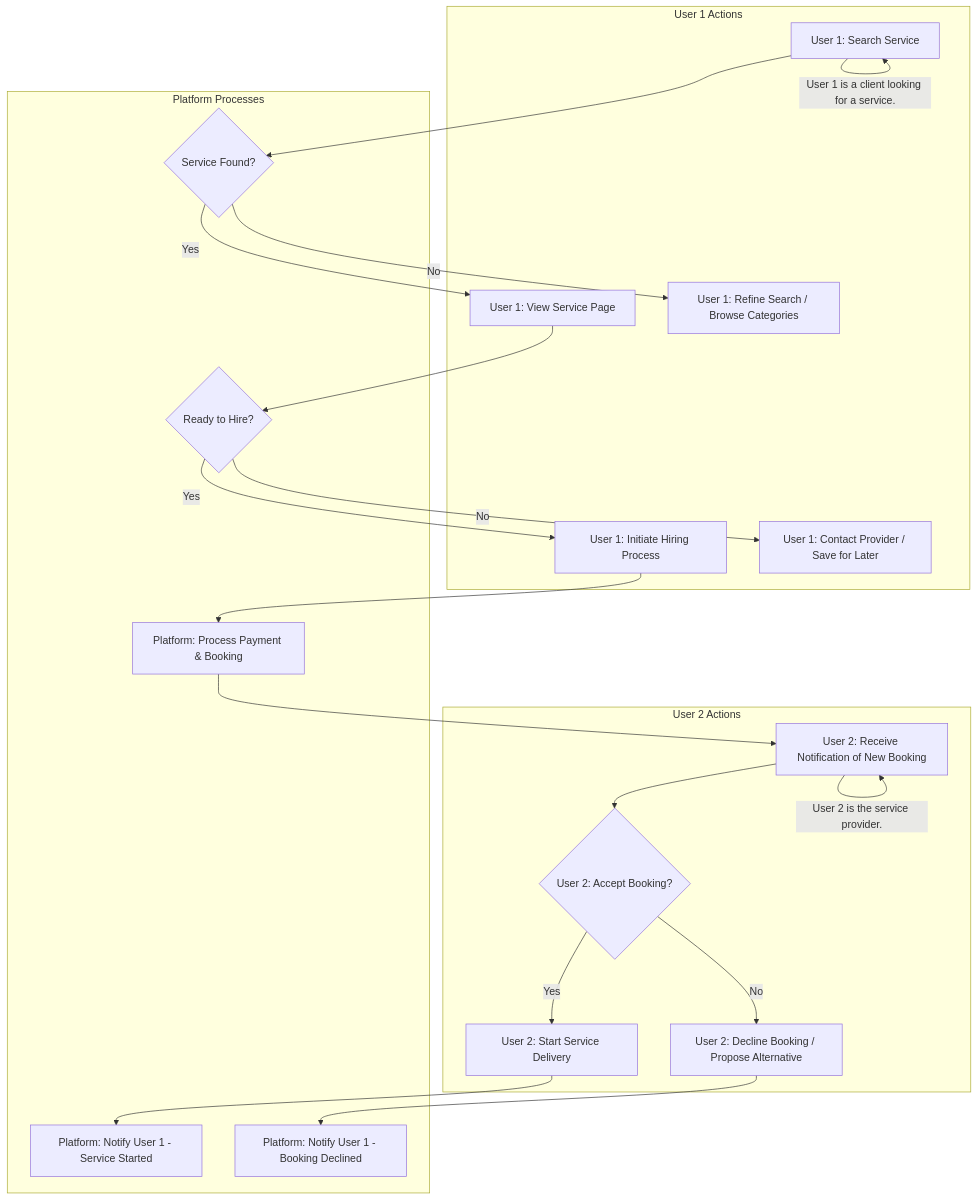
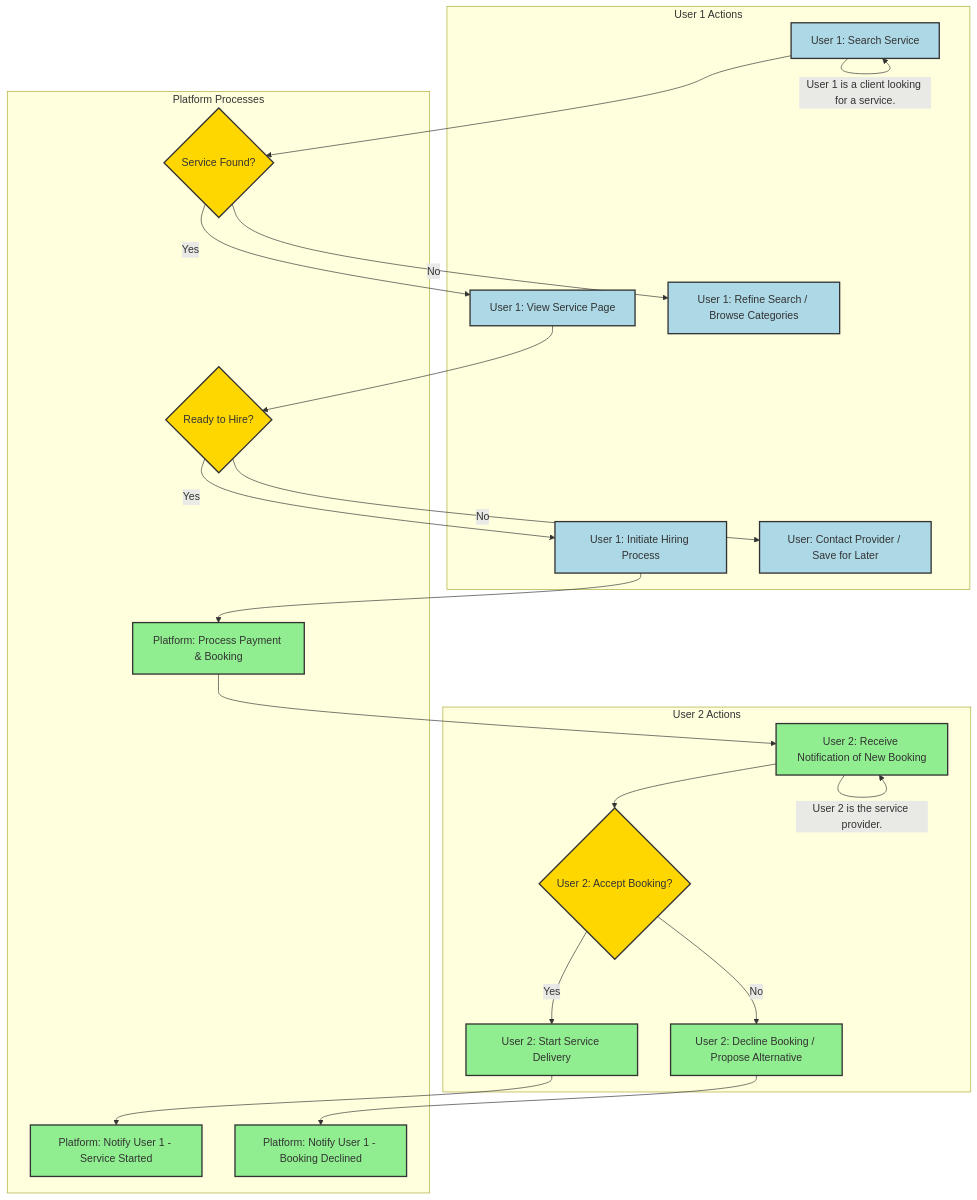
One commit to gitnlsn/nlsn-services-marketplace changed the seventh of 8 diagrams in docs/documentation.md. Above: the diagram before and after it, drawn with Mermaid. The commit also changed other lines of this file and 18 other files, not shown here.

````diff
--- a/docs/documentation.md
+++ b/docs/documentation.md
@@ -262,7 +316,7 @@
 
     C --> E{Ready to Hire?}
     E -- Yes --> F[User 1: Initiate Hiring Process]
-    E -- No --> G[User 1: Contact Provider / Save for Later]
+    E -- No --> G[User: Contact Provider / Save for Later]
 
     F --> H[Platform: Process Payment & Booking]
     H --> I[User 2: Receive Notification of New Booking]
@@ -297,6 +351,43 @@
         N
     end
 
-        A -- "User 1 is a client looking for a service." --> A;
+    style A fill:#ADD8E6,stroke:#333,stroke-width:2px
+    style B fill:#FFD700,stroke:#333,stroke-width:2px
+    style C fill:#ADD8E6,stroke:#333,stroke-width:2px
+    style D fill:#ADD8E6,stroke:#333,stroke-width:2px
+    style E fill:#FFD700,stroke:#333,stroke-width:2px
+    style F fill:#ADD8E6,stroke:#333,stroke-width:2px
+    style G fill:#ADD8E6,stroke:#333,stroke-width:2px
+    style H fill:#90EE90,stroke:#333,stroke-width:2px
+    style I fill:#90EE90,stroke:#333,stroke-width:2px
+    style J fill:#FFD700,stroke:#333,stroke-width:2px
+    style K fill:#90EE90,stroke:#333,stroke-width:2px
+    style L fill:#90EE90,stroke:#333,stroke-width:2px
+    style M fill:#90EE90,stroke:#333,stroke-width:2px
+    style N fill:#90EE90,stroke:#333,stroke-width:2px
+
+    linkStyle 0 stroke:#333,stroke-width:1px;
+    linkStyle 1 stroke:#333,stroke-width:1px;
+    linkStyle 2 stroke:#333,stroke-width:1px;
+    linkStyle 3 stroke:#333,stroke-width:1px;
+    linkStyle 4 stroke:#333,stroke-width:1px;
+    linkStyle 5 stroke:#333,stroke-width:1px;
+    linkStyle 6 stroke:#333,stroke-width:1px;
+    linkStyle 7 stroke:#333,stroke-width:1px;
+    linkStyle 8 stroke:#333,stroke-width:1px;
+    linkStyle 9 stroke:#333,stroke-width:1px;
+    linkStyle 10 stroke:#333,stroke-width:1px;
+    linkStyle 11 stroke:#333,stroke-width:1px;
+    linkStyle 12 stroke:#333,stroke-width:1px;
+
+    classDef user1 fill:#ADD8E6,stroke:#333,stroke-width:2px;
+    classDef user2 fill:#90EE90,stroke:#333,stroke-width:2px;
+    classDef platform fill:#FFD700,stroke:#333,stroke-width:2px;
+
+    class A,C,D,F,G user1;
+    class I,J,K,L user2;
+    class B,E,H,M,N platform;
+
+    A -- "User 1 is a client looking for a service." --> A;
     I -- "User 2 is the service provider." --> I;
 ```
````
